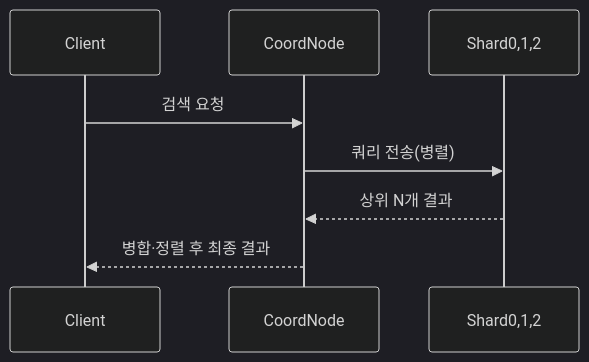
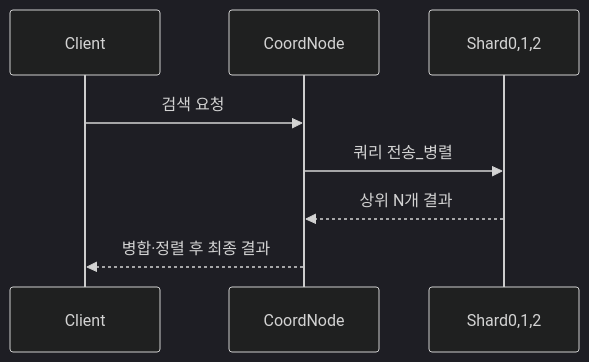
The fourth of 7 diagrams in _posts/nosql/2026-05-03-elasticsearch-deep.md (yjkim2015/yjkim2015.github.io), drawn with Mermaid (dark theme) before and after one commit. The commit also changed other lines of this file and 85 other files, not shown here.

First line of the commit message:
sequenceDiagram 문법 에러 2차 수정 169개 (86파일)

````diff
--- a/_posts/nosql/2026-05-03-elasticsearch-deep.md
+++ b/_posts/nosql/2026-05-03-elasticsearch-deep.md
@@ -128,10 +128,10 @@
 ```mermaid
 sequenceDiagram
     participant C as Client
     participant Coord as CoordNode
     participant S as Shard0,1,2
     C->>Coord: 검색 요청
-    Coord->>S: 쿼리 전송(병렬)
+    Coord->>S: 쿼리 전송_병렬
     S-->>Coord: 상위 N개 결과
     Coord-->>C: 병합·정렬 후 최종 결과
 ```
````
